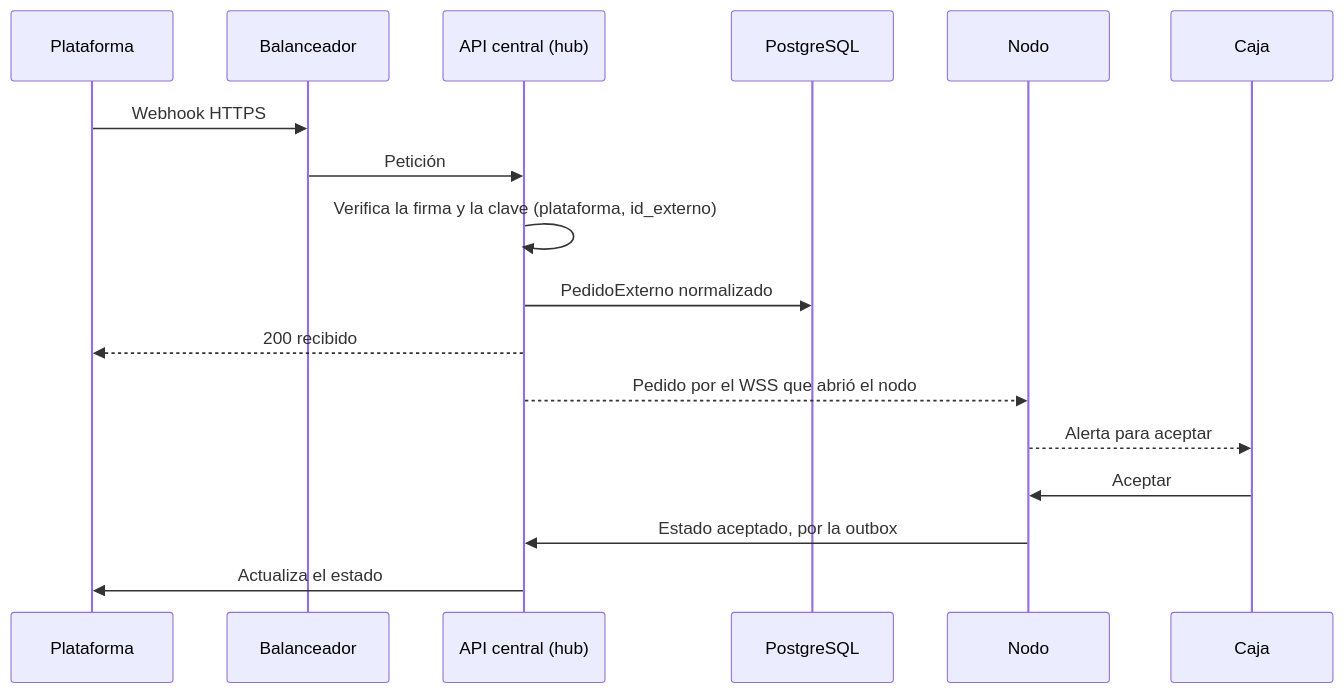
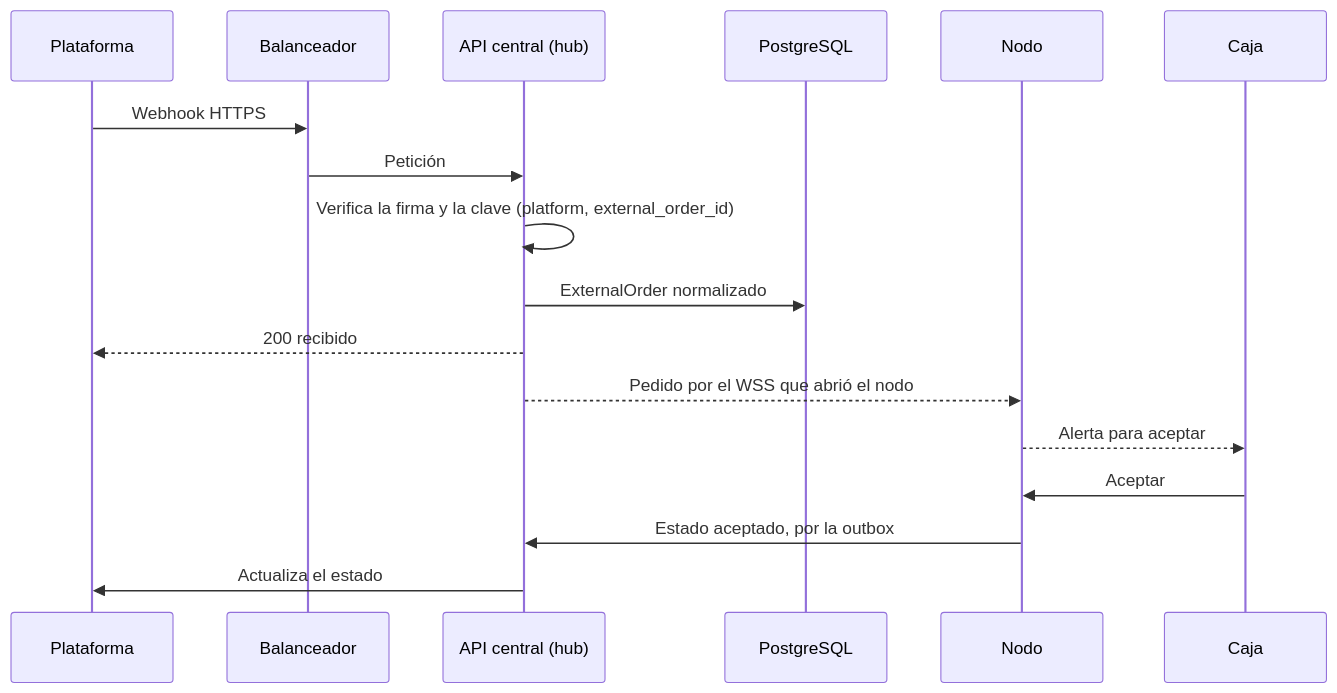
One commit to CesarJOtizM/blackHole changed the eighth of 10 diagrams in docs/arquitectura/infraestructura-y-comunicacion.md. Above: the diagram before and after it, drawn with Mermaid. The commit also changed other lines of this file and 159 other files, not shown here.

````diff
--- a/docs/arquitectura/infraestructura-y-comunicacion.md
+++ b/docs/arquitectura/infraestructura-y-comunicacion.md
@@ -384,20 +385,20 @@
 ```mermaid
 sequenceDiagram
   participant P as Plataforma
   participant LB as Balanceador
   participant API as API central (hub)
   participant PG as PostgreSQL
   participant Nodo
   participant Caja
 
   P->>LB: Webhook HTTPS
   LB->>API: Petición
-  API->>API: Verifica la firma y la clave (plataforma, id_externo)
-  API->>PG: PedidoExterno normalizado
+  API->>API: Verifica la firma y la clave (platform, external_order_id)
+  API->>PG: ExternalOrder normalizado
   API-->>P: 200 recibido
   API-->>Nodo: Pedido por el WSS que abrió el nodo
   Nodo-->>Caja: Alerta para aceptar
   Caja->>Nodo: Aceptar
   Nodo->>API: Estado aceptado, por la outbox
   API->>P: Actualiza el estado
 ```
````
